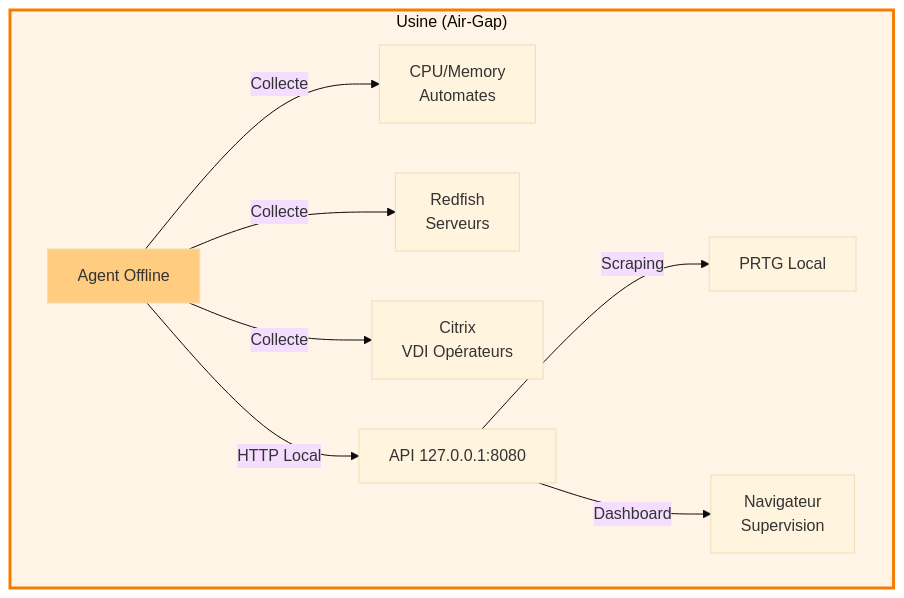
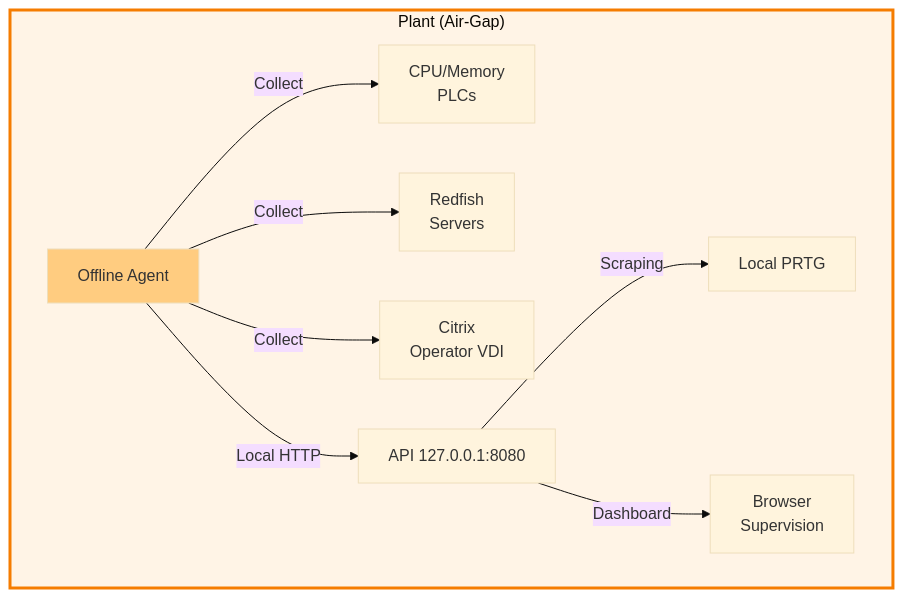
One commit to senhub-io/senhub-agent changed diagram 12 of 13 in docs/user-guide/OPERATING-MODES.md. Above: the diagram before and after it, drawn with Mermaid (base theme). The commit also changed other lines of this file and 1 other file, not shown here.

````diff
--- a/docs/user-guide/OPERATING-MODES.md
+++ b/docs/user-guide/OPERATING-MODES.md
@@ -677,15 +677,15 @@
 ```mermaid
 graph TB
-    subgraph Usine ["Usine (Air-Gap)"]
-        A[Agent Offline] -->|Collecte| P1[CPU/Memory<br/>Automates]
-        A -->|Collecte| P2[Redfish<br/>Serveurs]
-        A -->|Collecte| P3[Citrix<br/>VDI Opérateurs]
+    subgraph Plant ["Plant (Air-Gap)"]
+        A[Offline Agent] -->|Collect| P1[CPU/Memory<br/>PLCs]
+        A -->|Collect| P2[Redfish<br/>Servers]
+        A -->|Collect| P3[Citrix<br/>Operator VDI]
 
-        A -->|HTTP Local| API[API 127.0.0.1:8080]
-        API -->|Scraping| PRTG[PRTG Local]
-        API -->|Dashboard| WEB[Navigateur<br/>Supervision]
+        A -->|Local HTTP| API[API 127.0.0.1:8080]
+        API -->|Scraping| PRTG[Local PRTG]
+        API -->|Dashboard| WEB[Browser<br/>Supervision]
     end
 
-    style Usine fill:#fff4e6,stroke:#f57c00,stroke-width:3px
+    style Plant fill:#fff4e6,stroke:#f57c00,stroke-width:3px
     style A fill:#ffcc80
 ```
````
